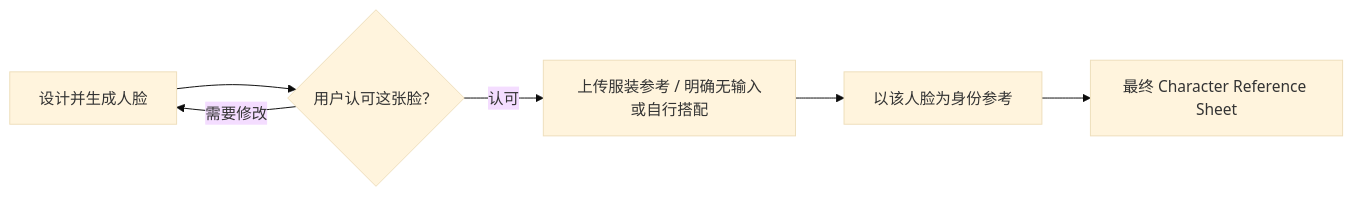
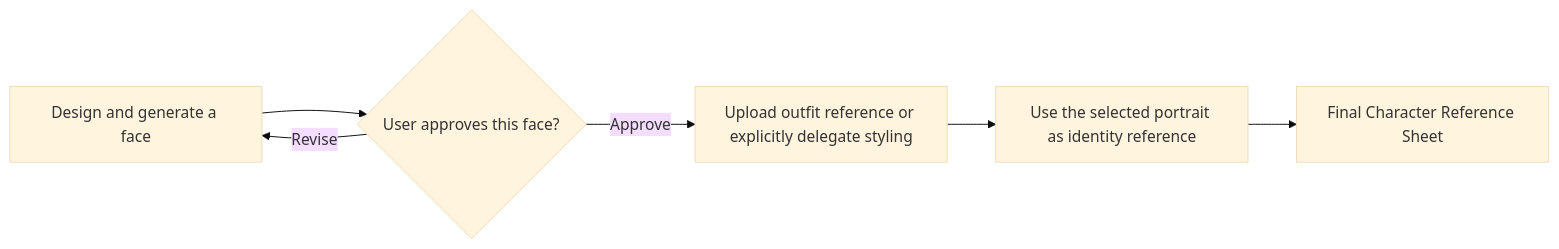
The diagram in README.md (taoxee/aigc-character-sheet), drawn with Mermaid (base theme) before and after one commit. The commit also changed other lines of this file and 1 other file, not shown here.

````diff
--- a/README.md
+++ b/README.md
@@ -25,8 +25,8 @@
 ```mermaid
 flowchart LR
-    A[设计并生成人脸] --> B{用户认可这张脸？}
-    B -->|需要修改| A
-    B -->|认可| C[上传服装参考 / 明确无输入或自行搭配]
-    C --> D[以该人脸为身份参考]
-    D --> E[最终 Character Reference Sheet]
+    A[Design and generate a face] --> B{User approves this face?}
+    B -->|Revise| A
+    B -->|Approve| C[Upload outfit reference or explicitly delegate styling]
+    C --> D[Use the selected portrait as identity reference]
+    D --> E[Final Character Reference Sheet]
 ```
````
